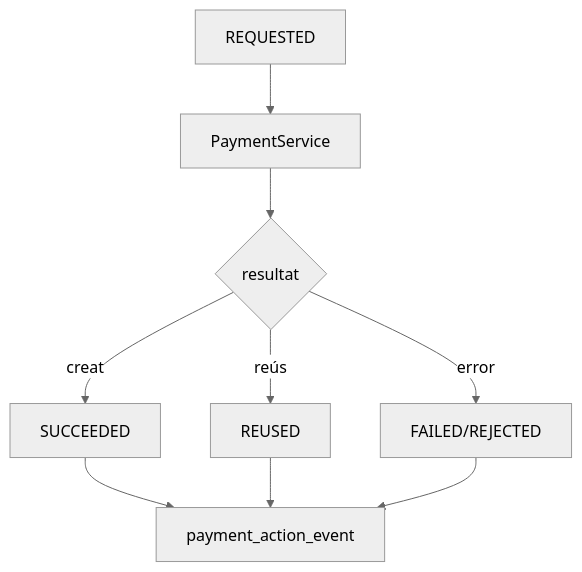
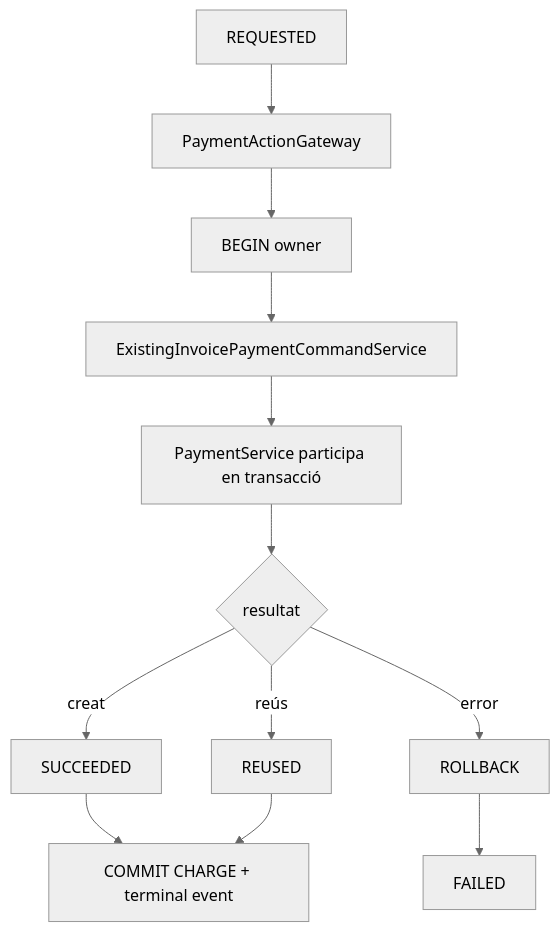
Before and after one commit to orgmeriemprismacat-del/verifactu: the tenth of 14 diagrams in documentacio/07-uml-integrat/uc-002-activitats-pagines-actual-final.md, drawn with Mermaid (neutral theme). The commit also changed other lines of this file, not shown here.

```diff
--- a/documentacio/07-uml-integrat/uc-002-activitats-pagines-actual-final.md
+++ b/documentacio/07-uml-integrat/uc-002-activitats-pagines-actual-final.md
@@ -259,11 +253,14 @@
 ~~~mermaid
 flowchart TD
-A[REQUESTED] --> B[PaymentService]
-B --> C{resultat}
-C -- creat --> D[SUCCEEDED]
-C -- reús --> E[REUSED]
-C -- error --> F[FAILED/REJECTED]
-D --> G[payment_action_event]
-E --> G
-F --> G
+A[REQUESTED] --> B[PaymentActionGateway]
+B --> C[BEGIN owner]
+C --> D[ExistingInvoicePaymentCommandService]
+D --> E[PaymentService participa en transacció]
+E --> F{resultat}
+F -- creat --> G[SUCCEEDED]
+F -- reús --> H[REUSED]
+F -- error --> I[ROLLBACK]
+I --> J[FAILED]
+G --> K[COMMIT CHARGE + terminal event]
+H --> K
 ~~~
```
